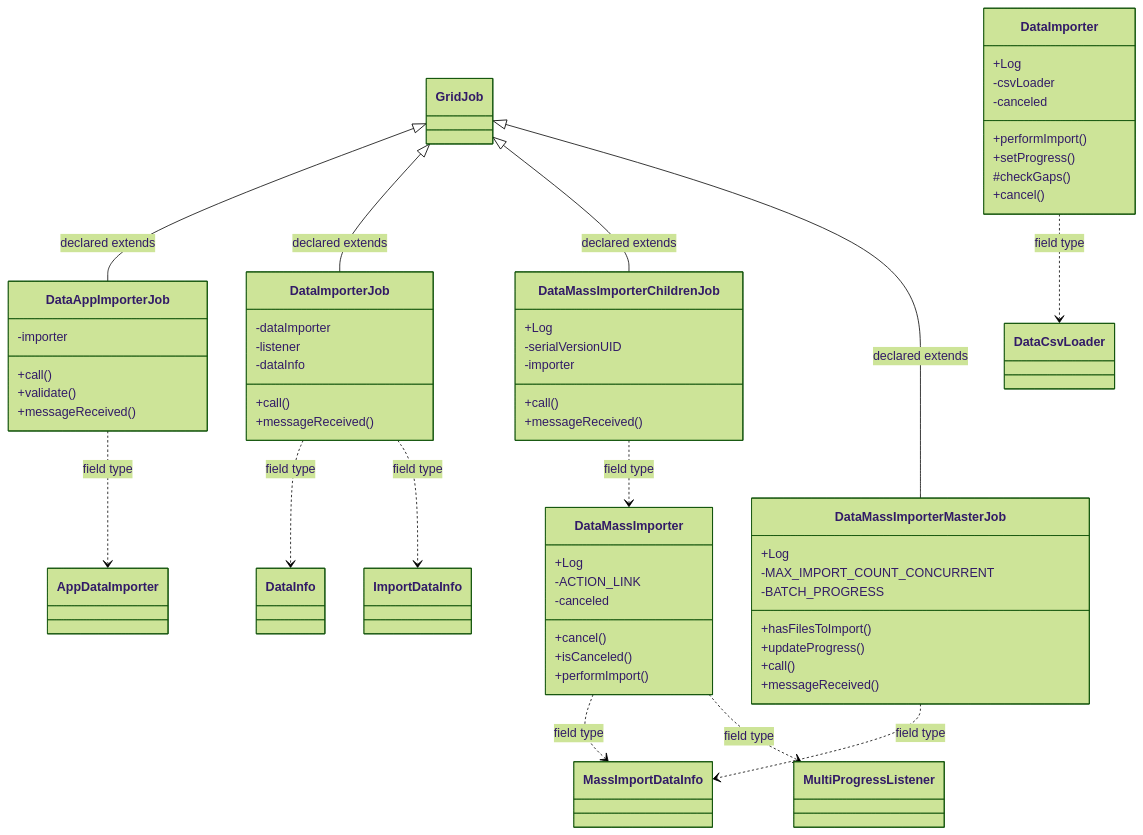
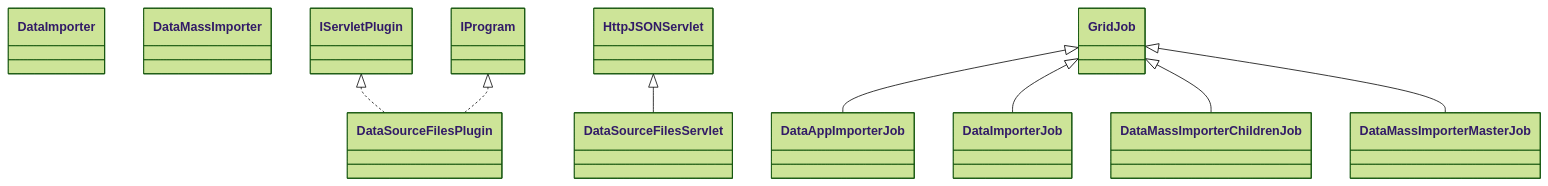
Before and after one commit to haruperi/HaruQuantAI: the diagram in docs/sqx/DataManager/DataSourceFiles.md, drawn with Mermaid (forest theme). The commit also changed other lines of this file and 1688 other files, not shown here.

````diff
--- a/docs/sqx/DataManager/DataSourceFiles.md
+++ b/docs/sqx/DataManager/DataSourceFiles.md
@@ -65,68 +26,22 @@
 ```mermaid
 classDiagram
-    class Ce102f39a32f7["DataAppImporterJob"] {
-        -importer
-        +call()
-        +validate()
-        +messageReceived()
-    }
-    class C4c0c56a7c7ba["DataImporter"] {
-        +Log
-        -csvLoader
-        -canceled
-        +performImport()
-        +setProgress()
-        #checkGaps()
-        +cancel()
-    }
-    class C919d0d2ac5ee["DataImporterJob"] {
-        -dataImporter
-        -listener
-        -dataInfo
-        +call()
-        +messageReceived()
-    }
-    class Ce02d19854922["DataMassImporter"] {
-        +Log
-        -ACTION_LINK
-        -canceled
-        +cancel()
-        +isCanceled()
-        +performImport()
-    }
-    class C5b8d0fe9840a["DataMassImporterChildrenJob"] {
-        +Log
-        -serialVersionUID
-        -importer
-        +call()
-        +messageReceived()
-    }
-    class Ce1798178062e["DataMassImporterMasterJob"] {
-        +Log
-        -MAX_IMPORT_COUNT_CONCURRENT
-        -BATCH_PROGRESS
-        +hasFilesToImport()
-        +updateProgress()
-        +call()
-        +messageReceived()
-    }
-    class C507ddf99c601["DataInfo"]
-    class C7cf31f197b65["DataCsvLoader"]
-    class C1241a9ebc3a6["ImportDataInfo"]
-    class C6eb76fb85891["MassImportDataInfo"]
-    class C729a56512564["GridJob"]
-    class C88bb19195758["AppDataImporter"]
-    class C476c089340a8["MultiProgressListener"]
-    C729a56512564 <|-- Ce102f39a32f7 : declared extends
-    Ce102f39a32f7 ..> C88bb19195758 : field type
-    C4c0c56a7c7ba ..> C7cf31f197b65 : field type
-    C729a56512564 <|-- C919d0d2ac5ee : declared extends
-    C919d0d2ac5ee ..> C507ddf99c601 : field type
-    C919d0d2ac5ee ..> C1241a9ebc3a6 : field type
-    Ce02d19854922 ..> C6eb76fb85891 : field type
-    Ce02d19854922 ..> C476c089340a8 : field type
-    C729a56512564 <|-- C5b8d0fe9840a : declared extends
-    C5b8d0fe9840a ..> Ce02d19854922 : field type
-    C729a56512564 <|-- Ce1798178062e : declared extends
-    Ce1798178062e ..> C6eb76fb85891 : field type
+    class C0["DataSourceFilesPlugin"]
+    class C1["DataSourceFilesServlet"]
+    class C2["DataAppImporterJob"]
+    class C3["DataImporter"]
+    class C4["DataImporterJob"]
+    class C5["DataMassImporter"]
+    class C6["DataMassImporterChildrenJob"]
+    class C7["DataMassImporterMasterJob"]
+    class E0["IServletPlugin"]
+    E0 <|.. C0
+    class E1["IProgram"]
+    E1 <|.. C0
+    class E2["HttpJSONServlet"]
+    E2 <|-- C1
+    class E3["GridJob"]
+    E3 <|-- C2
+    E3 <|-- C4
+    E3 <|-- C6
+    E3 <|-- C7
 ```
````
